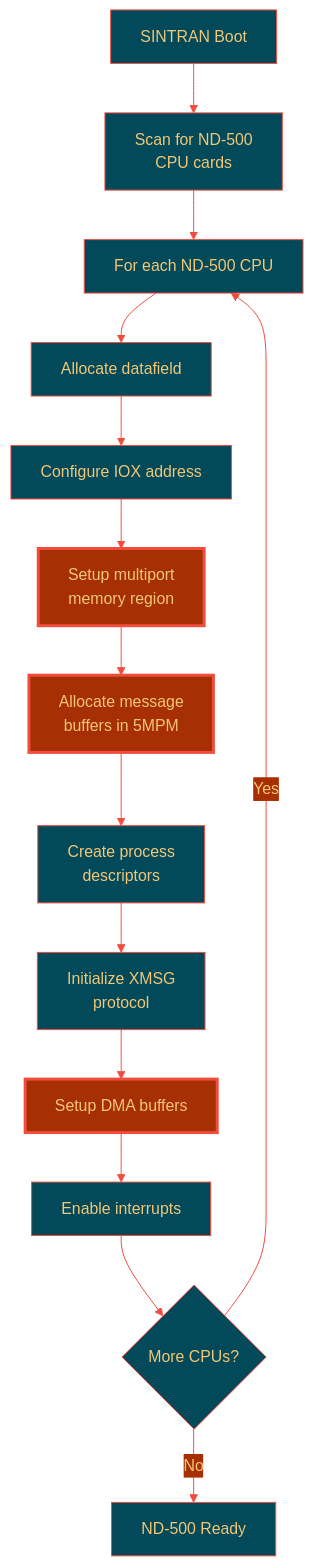
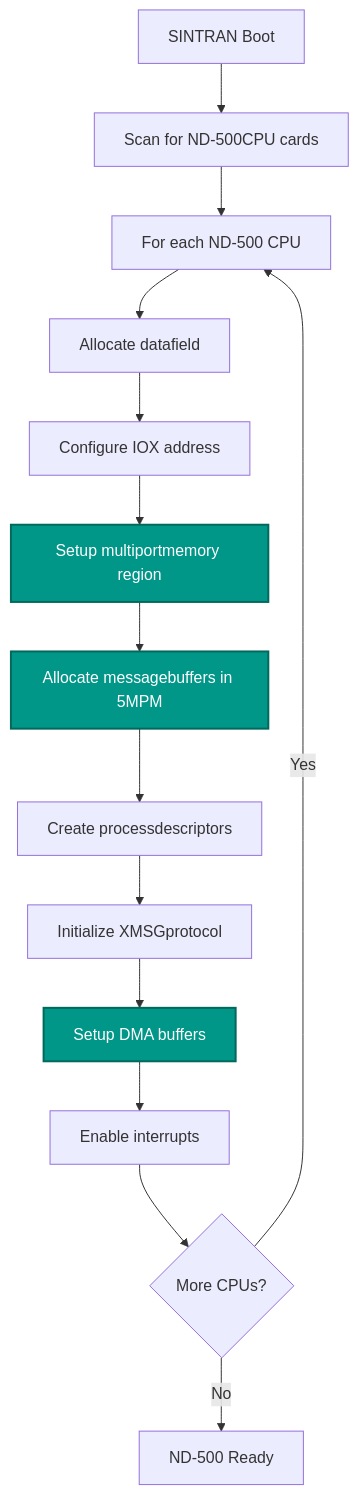
The second of 7 diagrams in SINTRAN/OS/05-ND500-DMA-KERNEL.md (HackerCorpLabs/NDInsight), drawn with Mermaid before and after one commit. The commit also changed other lines of this file and 19 other files, not shown here.

Commit message:
Updated Mermaid diagrams

````diff
--- a/SINTRAN/OS/05-ND500-DMA-KERNEL.md
+++ b/SINTRAN/OS/05-ND500-DMA-KERNEL.md
@@ -233,21 +232,20 @@
 ```mermaid
-%%{init: {'theme':'base', 'themeVariables': {'primaryColor':'#024959','primaryTextColor':'#F2C777','primaryBorderColor':'#F24C3D','lineColor':'#F24C3D','secondaryColor':'#A62F03','tertiaryColor':'#F2E8C6'}}}%%
 flowchart TD
-    A[SINTRAN Boot] --> B[Scan for ND-500<br/>CPU cards]
+    A[SINTRAN Boot] --> B[Scan for ND-500CPU cards]
     B --> C[For each ND-500 CPU]
     C --> D[Allocate datafield]
     D --> E[Configure IOX address]
-    E --> F[Setup multiport<br/>memory region]
-    F --> G[Allocate message<br/>buffers in 5MPM]
-    G --> H[Create process<br/>descriptors]
-    H --> I[Initialize XMSG<br/>protocol]
+    E --> F[Setup multiportmemory region]
+    F --> G[Allocate messagebuffers in 5MPM]
+    G --> H[Create processdescriptors]
+    H --> I[Initialize XMSGprotocol]
     I --> J[Setup DMA buffers]
     J --> K[Enable interrupts]
     K --> L{More CPUs?}
     L -->|Yes| C
     L -->|No| M[ND-500 Ready]
     
-    style F fill:#A62F03,stroke:#F24C3D,stroke-width:3px,color:#F2C777
-    style G fill:#A62F03,stroke:#F24C3D,stroke-width:3px,color:#F2C777
-    style J fill:#A62F03,stroke:#F24C3D,stroke-width:3px,color:#F2C777
+    style F fill:#009688,stroke:#00695C,stroke-width:2px,color:#fff
+    style G fill:#009688,stroke:#00695C,stroke-width:2px,color:#fff
+    style J fill:#009688,stroke:#00695C,stroke-width:2px,color:#fff
 ```
````
